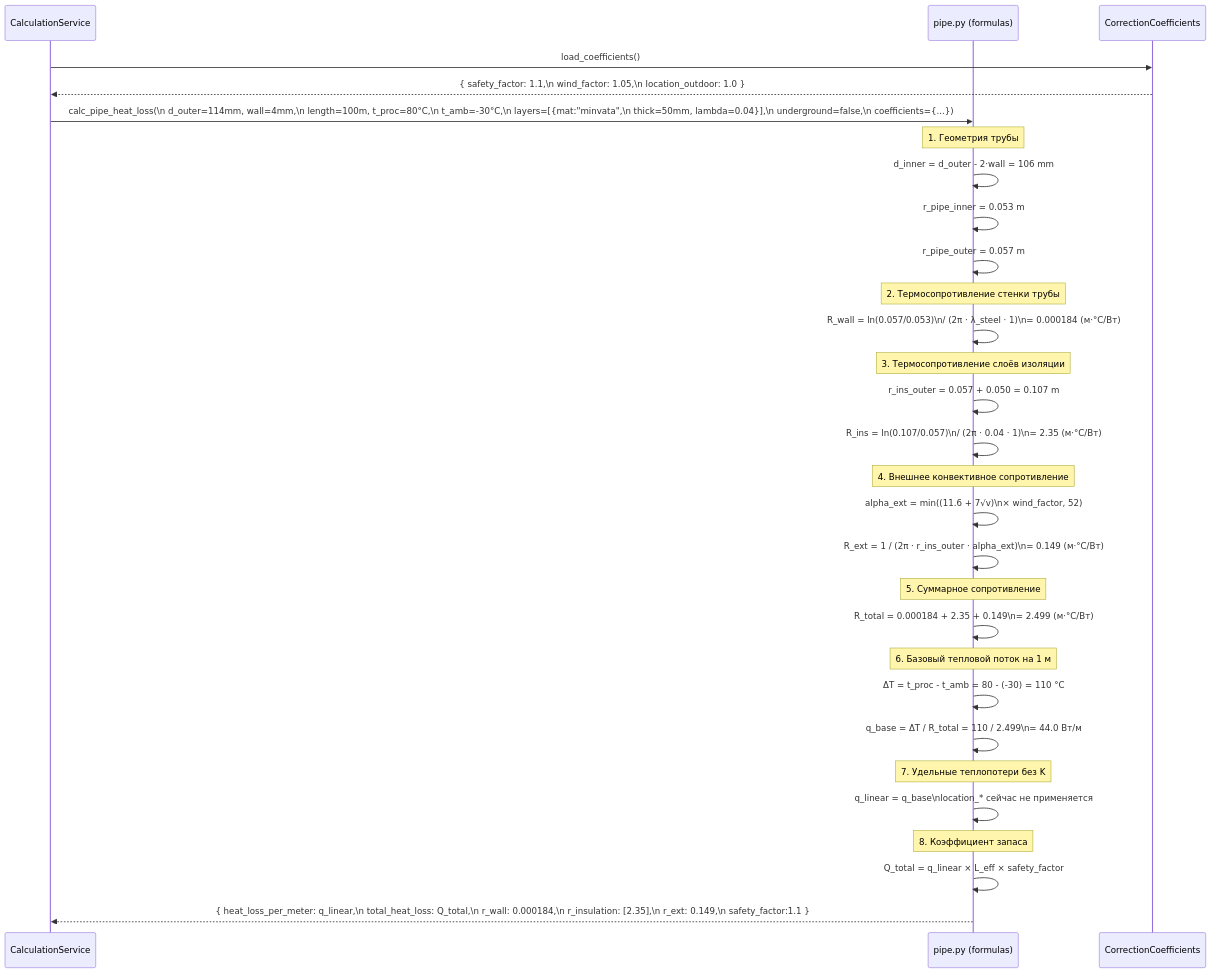
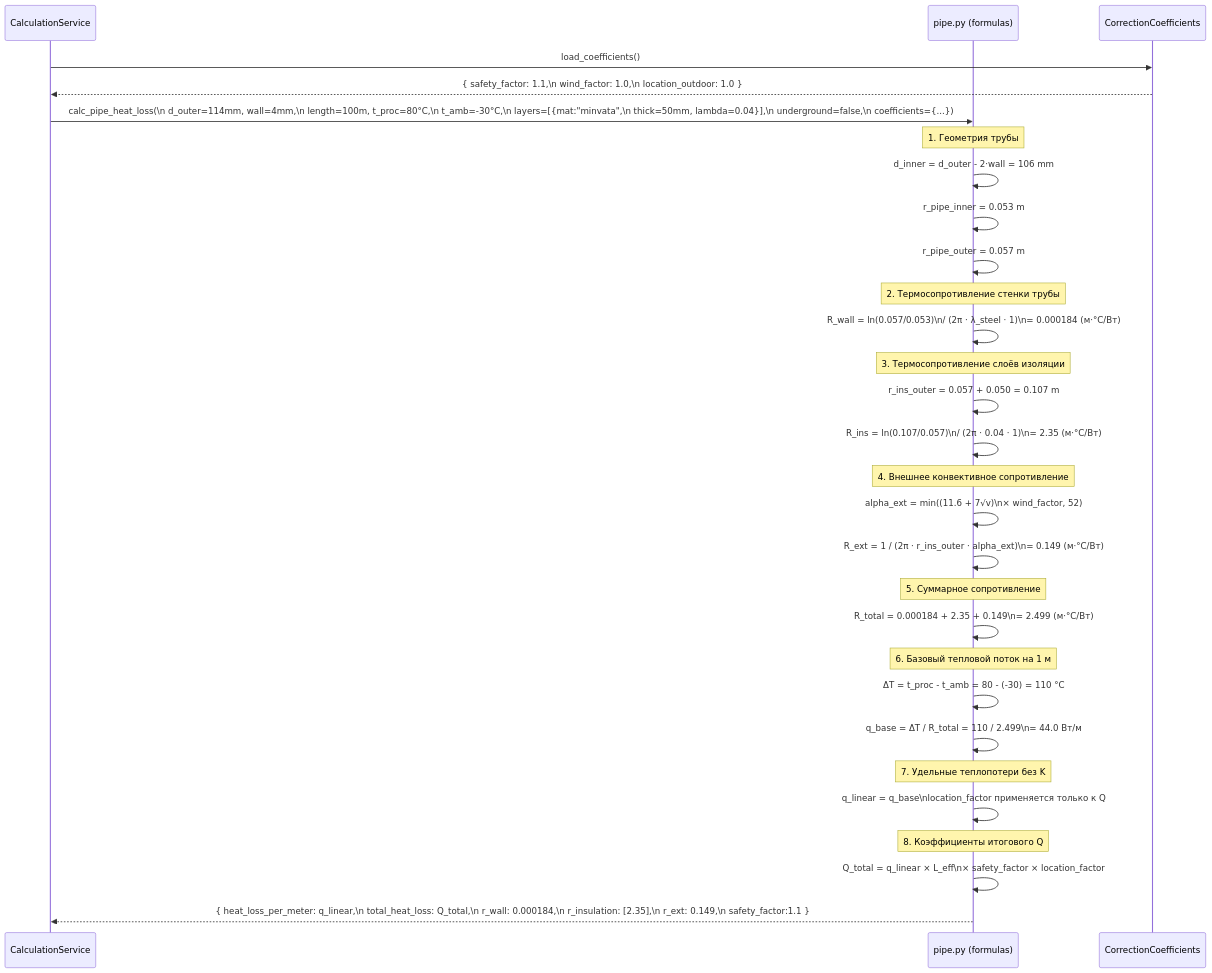
One commit to malafdmitry0-crypto/TLT changed the second of 7 diagrams in docs/analysis/diagrams-flows.md. Above: the diagram before and after it, drawn with Mermaid. The commit also changed 14 other files, not shown here.

````diff
--- a/docs/analysis/diagrams-flows.md
+++ b/docs/analysis/diagrams-flows.md
@@ -81,42 +81,42 @@
 ```mermaid
 sequenceDiagram
     participant API as CalculationService
     participant Form as pipe.py (formulas)
     participant Coef as CorrectionCoefficients
 
     API->>Coef: load_coefficients()
-    Coef-->>API: { safety_factor: 1.1,\n  wind_factor: 1.05,\n  location_outdoor: 1.0 }
+    Coef-->>API: { safety_factor: 1.1,\n  wind_factor: 1.0,\n  location_outdoor: 1.0 }
 
     API->>Form: calc_pipe_heat_loss(\n  d_outer=114mm, wall=4mm,\n  length=100m, t_proc=80°C,\n  t_amb=-30°C,\n  layers=[{mat:"minvata",\n    thick=50mm, lambda=0.04}],\n  underground=false,\n  coefficients={...})
 
     Note over Form: 1. Геометрия трубы
     Form->>Form: d_inner = d_outer - 2·wall = 106 mm
     Form->>Form: r_pipe_inner = 0.053 m
     Form->>Form: r_pipe_outer = 0.057 m
 
     Note over Form: 2. Термосопротивление стенки трубы
     Form->>Form: R_wall = ln(0.057/0.053)\n/ (2π · λ_steel · 1)\n= 0.000184 (м·°C/Вт)
 
     Note over Form: 3. Термосопротивление слоёв изоляции
     Form->>Form: r_ins_outer = 0.057 + 0.050 = 0.107 m
     Form->>Form: R_ins = ln(0.107/0.057)\n/ (2π · 0.04 · 1)\n= 2.35 (м·°C/Вт)
 
     Note over Form: 4. Внешнее конвективное сопротивление
     Form->>Form: alpha_ext = min((11.6 + 7√v)\n× wind_factor, 52)
     Form->>Form: R_ext = 1 / (2π · r_ins_outer · alpha_ext)\n= 0.149 (м·°C/Вт)
 
     Note over Form: 5. Суммарное сопротивление
     Form->>Form: R_total = 0.000184 + 2.35 + 0.149\n= 2.499 (м·°C/Вт)
 
     Note over Form: 6. Базовый тепловой поток на 1 м
     Form->>Form: ΔT = t_proc - t_amb = 80 - (-30) = 110 °C
     Form->>Form: q_base = ΔT / R_total = 110 / 2.499\n= 44.0 Вт/м
 
     Note over Form: 7. Удельные теплопотери без K
-    Form->>Form: q_linear = q_base\nlocation_* сейчас не применяется
+    Form->>Form: q_linear = q_base\nlocation_factor применяется только к Q
 
-    Note over Form: 8. Коэффициент запаса
-    Form->>Form: Q_total = q_linear × L_eff × safety_factor
+    Note over Form: 8. Коэффициенты итогового Q
+    Form->>Form: Q_total = q_linear × L_eff\n× safety_factor × location_factor
 
     Form-->>API: { heat_loss_per_meter: q_linear,\n  total_heat_loss: Q_total,\n  r_wall: 0.000184,\n  r_insulation: [2.35],\n  r_ext: 0.149,\n  safety_factor:1.1 }
 ```
````
